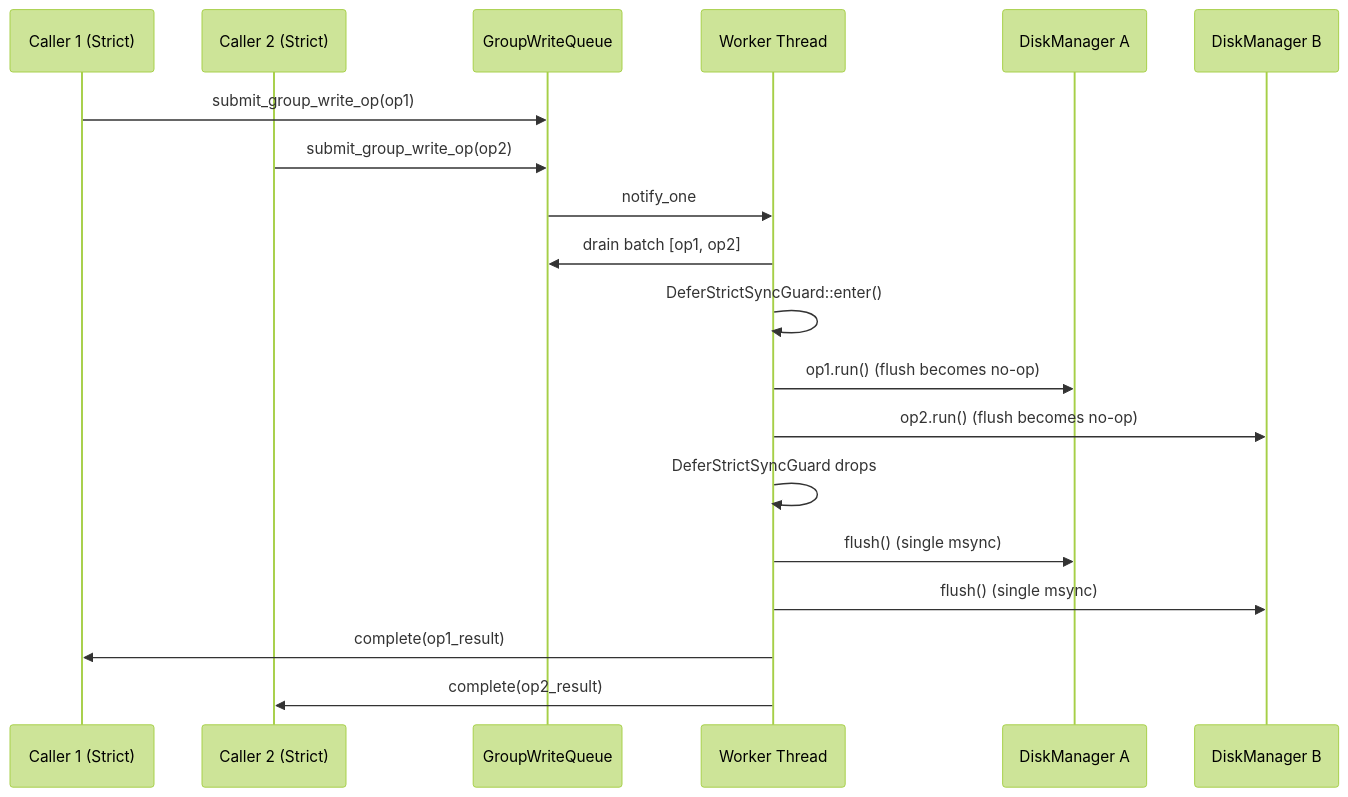
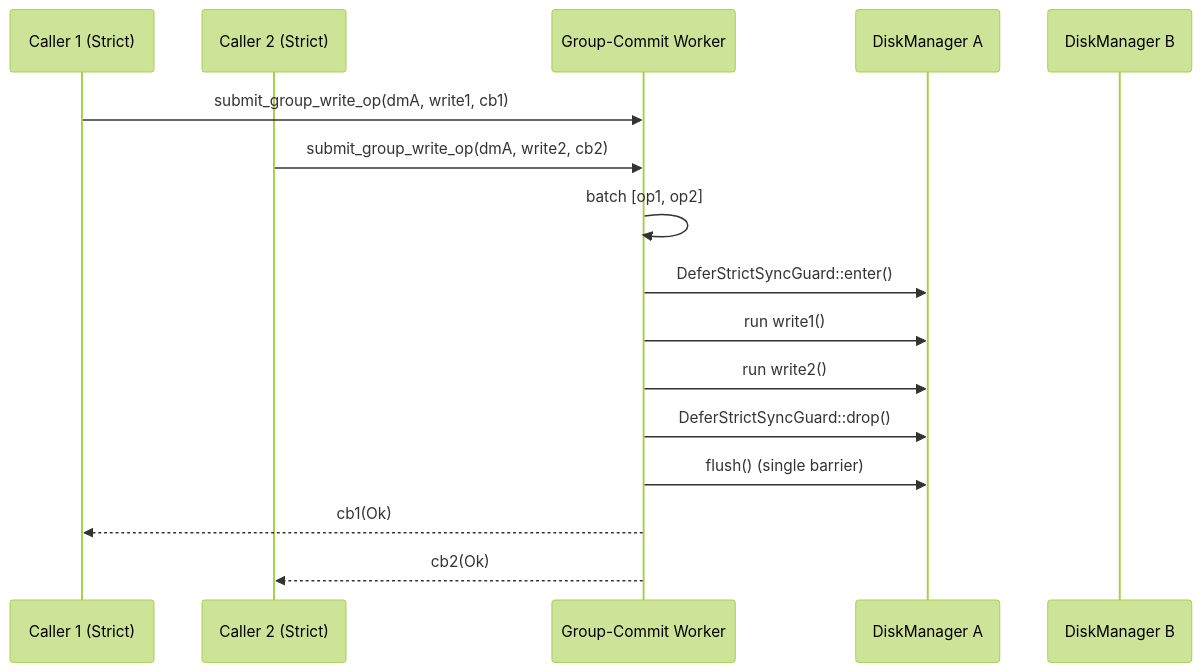
The fourth of 4 diagrams in openwiki/architecture/async_io_and_engines.md (ych/oifs), drawn with Mermaid (forest theme) before and after one commit. The commit also changed other lines of this file and 62 other files, not shown here.

````diff
--- a/openwiki/architecture/async_io_and_engines.md
+++ b/openwiki/architecture/async_io_and_engines.md
@@ -181,22 +231,19 @@
 ```mermaid
 sequenceDiagram
     participant C1 as Caller 1 (Strict)
     participant C2 as Caller 2 (Strict)
-    participant Q as GroupWriteQueue
-    participant W as Worker Thread
+    participant GW as Group-Commit Worker
     participant DM1 as DiskManager A
     participant DM2 as DiskManager B
 
-    C1->>Q: submit_group_write_op(op1)
-    C2->>Q: submit_group_write_op(op2)
-    Q->>W: notify_one
-    W->>Q: drain batch [op1, op2]
-    W->>W: DeferStrictSyncGuard::enter()
-    W->>DM1: op1.run() (flush becomes no-op)
-    W->>DM2: op2.run() (flush becomes no-op)
-    W->>W: DeferStrictSyncGuard drops
-    W->>DM1: flush()  (single msync)
-    W->>DM2: flush()  (single msync)
-    W->>C1: complete(op1_result)
-    W->>C2: complete(op2_result)
+    C1->>GW: submit_group_write_op(dmA, write1, cb1)
+    C2->>GW: submit_group_write_op(dmA, write2, cb2)
+    GW->>GW: batch [op1, op2]
+    GW->>DM1: DeferStrictSyncGuard::enter()
+    GW->>DM1: run write1()
+    GW->>DM1: run write2()
+    GW->>DM1: DeferStrictSyncGuard::drop()
+    GW->>DM1: flush()  (single barrier)
+    GW-->>C1: cb1(Ok)
+    GW-->>C2: cb2(Ok)
 ```
````
